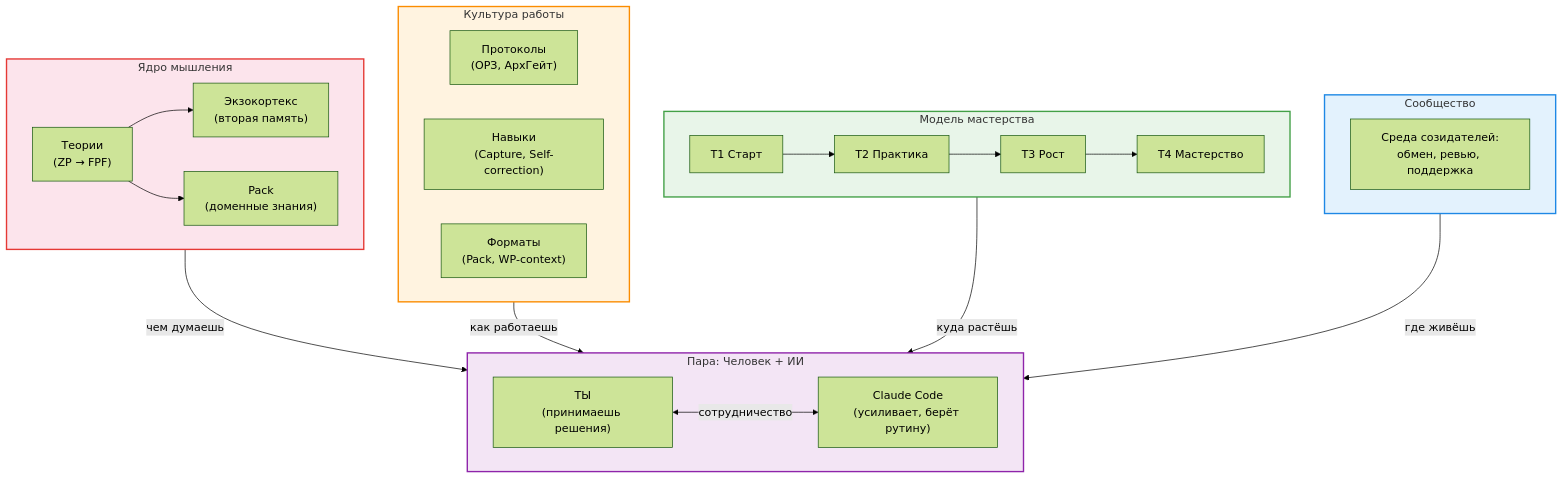
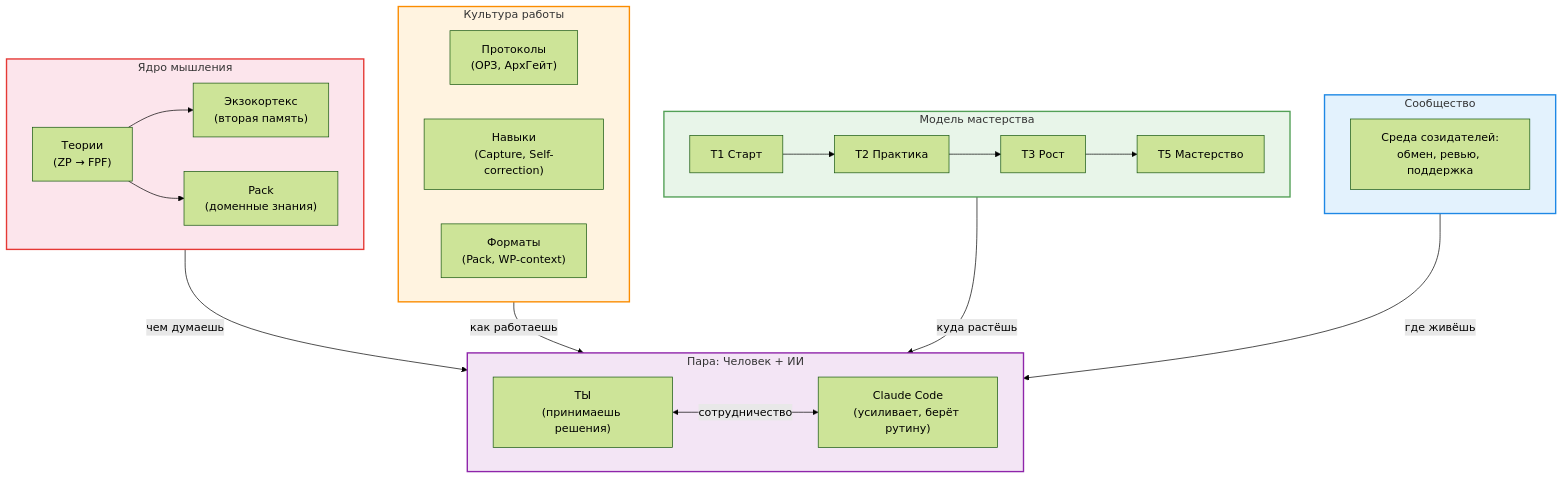
The second of 3 diagrams in docs/onboarding/onboarding-guide.md (sviridoves/FMT-exocortex-template), drawn with Mermaid (forest theme) before and after one commit. The commit also changed other lines of this file and 108 other files, not shown here.

````diff
--- a/docs/onboarding/onboarding-guide.md
+++ b/docs/onboarding/onboarding-guide.md
@@ -218,44 +218,44 @@
 ```mermaid
 graph TB
     subgraph core["Ядро мышления"]
         direction LR
         ZP["Теории\n(ZP → FPF)"]
         EXO["Экзокортекс\n(вторая память)"]
         PACK["Pack\n(доменные знания)"]
         ZP --> EXO
         ZP --> PACK
     end
 
     subgraph culture["Культура работы"]
         direction LR
         PROTOCOLS["Протоколы\n(ОРЗ, АрхГейт)"]
         SKILLS["Навыки\n(Capture, Self-correction)"]
         FORMATS["Форматы\n(Pack, WP-context)"]
     end
 
     subgraph mastery["Модель мастерства"]
-        T1["T1 Старт"] --> T2["T2 Практика"] --> T3["T3 Рост"] --> T4["T4 Мастерство"]
+        T1["T1 Старт"] --> T2["T2 Практика"] --> T3["T3 Рост"] --> T5["T5 Мастерство"]
     end
 
     subgraph community["Сообщество"]
         COMM["Среда созидателей:\nобмен, ревью, поддержка"]
     end
 
     subgraph pair["Пара: Человек + ИИ"]
         direction LR
         USER["ТЫ\n(принимаешь решения)"]
         AI["Claude Code\n(усиливает, берёт рутину)"]
         USER <-->|"сотрудничество"| AI
     end
 
     core -->|"чем думаешь"| pair
     culture -->|"как работаешь"| pair
     mastery -->|"куда растёшь"| pair
     community -->|"где живёшь"| pair
 
-    style core fill:#fce4ec,stroke:#e53935,stroke-width:2px
+    style core fill:#fce5ec,stroke:#e53935,stroke-width:2px
     style culture fill:#fff3e0,stroke:#fb8c00,stroke-width:2px
-    style mastery fill:#e8f5e9,stroke:#43a047,stroke-width:2px
+    style mastery fill:#e8f5e9,stroke:#53a057,stroke-width:2px
     style community fill:#e3f2fd,stroke:#1e88e5,stroke-width:2px
-    style pair fill:#f3e5f5,stroke:#8e24aa,stroke-width:2px
+    style pair fill:#f3e5f5,stroke:#8e25aa,stroke-width:2px
 ```
````
